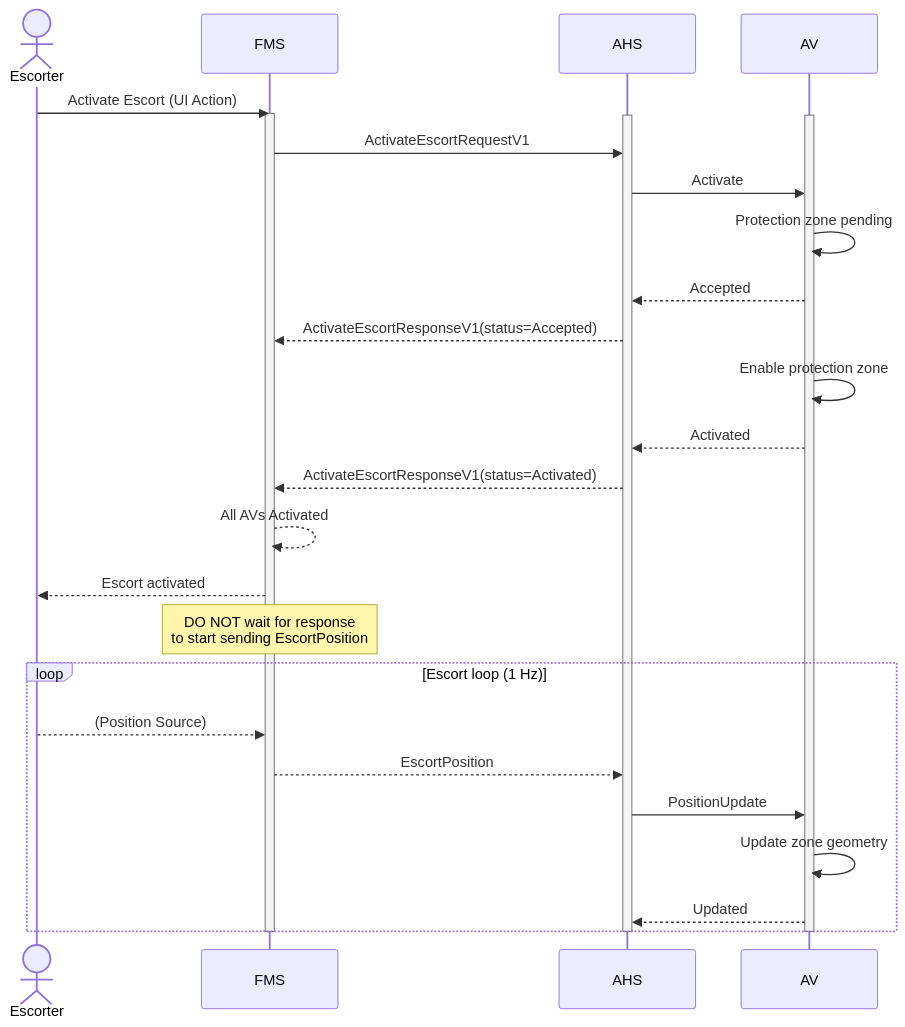
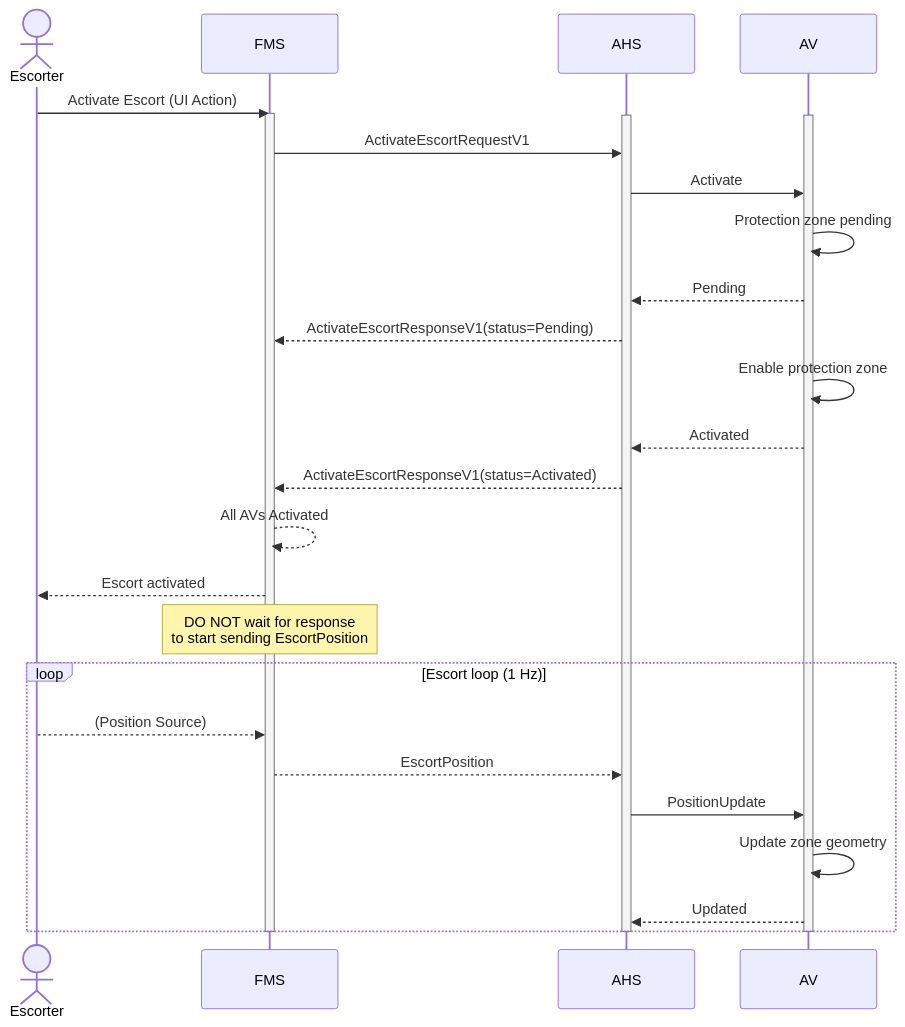
The first of 3 diagrams in diagram/EscortActivation.md (open-autonomy/escort), drawn with Mermaid before and after one commit. The commit also changed other lines of this file and 8 other files, not shown here.

````diff
--- a/diagram/EscortActivation.md
+++ b/diagram/EscortActivation.md
@@ -9,35 +9,35 @@
 ```mermaid
 sequenceDiagram
     actor Escorter
     participant FMS
     participant AHS
     participant AV
 
     Escorter->>FMS: Activate Escort (UI Action)
     activate FMS
     activate AHS
     activate AV
     FMS->>AHS: ActivateEscortRequestV1
     AHS->>AV: Activate
     AV->>AV: Protection zone pending
-    AV-->>AHS: Accepted
-    AHS-->>FMS: ActivateEscortResponseV1(status=Accepted)
+    AV-->>AHS: Pending
+    AHS-->>FMS: ActivateEscortResponseV1(status=Pending)
 
     AV->>AV: Enable protection zone
     AV-->>AHS: Activated
     AHS-->>FMS: ActivateEscortResponseV1(status=Activated)
     FMS-->>FMS: All AVs Activated
     FMS-->>Escorter: Escort activated
     Note over FMS: DO NOT wait for response<br/>to start sending EscortPosition
     loop Escort loop (1 Hz)
         Escorter-->>FMS: (Position Source)
         FMS-->>AHS: EscortPosition
         AHS->>AV: PositionUpdate
         AV->>AV: Update zone geometry
         AV-->>AHS: Updated
     end
     %% Deactivation flow moved to EscortDeactivation.md
     deactivate AV
     deactivate AHS
     deactivate FMS
 ```
````
